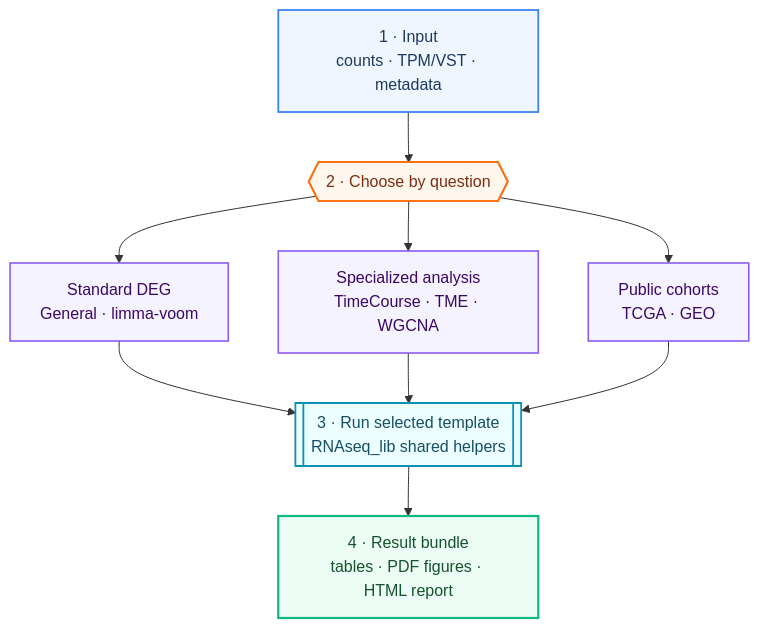
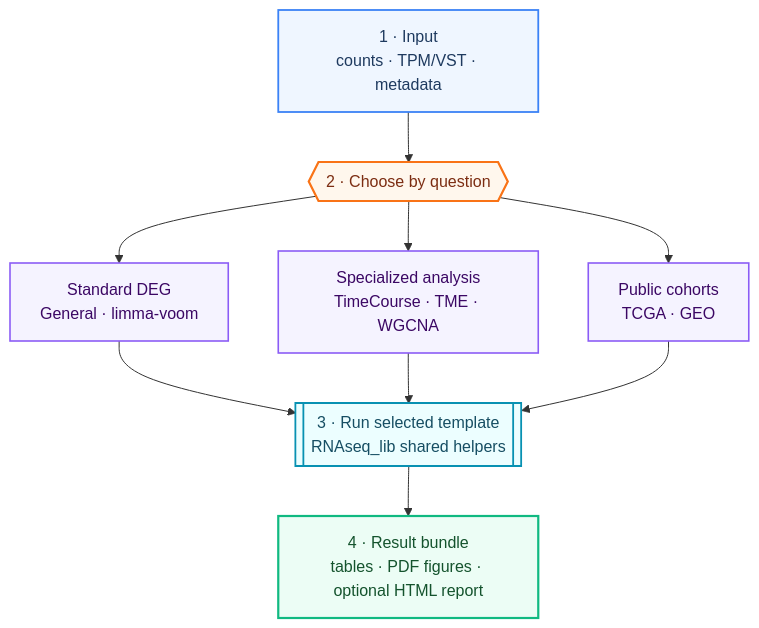
The diagram in README.md (yelu61/RNAseq-Templates), drawn with Mermaid before and after one commit. The commit also changed other lines of this file and 33 other files, not shown here.

````diff
--- a/README.md
+++ b/README.md
@@ -19,32 +23,32 @@
 ```mermaid
 flowchart TB
     accTitle: RNAseq-Templates Workflow
     accDescr: Counts or normalized expression and metadata are routed by research question into standard differential expression, specialized local analysis, or public-cohort analysis. Shared helpers support every path, which produces one reproducible result bundle.
 
     data["1 · Input<br/>counts · TPM/VST · metadata"]
     router{{"2 · Choose by question"}}
 
     standard["Standard DEG<br/>General · limma-voom"]
     specialized["Specialized analysis<br/>TimeCourse · TME · WGCNA"]
     public["Public cohorts<br/>TCGA · GEO"]
 
     engine[["3 · Run selected template<br/>RNAseq_lib shared helpers"]]
-    output["4 · Result bundle<br/>tables · PDF figures · HTML report"]
+    output["4 · Result bundle<br/>tables · PDF figures · optional HTML report"]
 
     data --> router
     router --> standard & specialized & public
     standard & specialized & public --> engine
     engine --> output
 
     classDef input fill:#eff6ff,stroke:#3b82f6,stroke-width:1.8px,color:#1e3a5f
     classDef decision fill:#fff7ed,stroke:#f97316,stroke-width:2.2px,color:#7c2d12
     classDef path fill:#f5f3ff,stroke:#8b5cf6,stroke-width:1.6px,color:#3b0764
     classDef helper fill:#ecfeff,stroke:#0891b2,stroke-width:1.8px,color:#164e63
     classDef result fill:#ecfdf5,stroke:#10b981,stroke-width:2.2px,color:#14532d
 
     class data input
     class router decision
     class standard,specialized,public path
     class engine helper
     class output result
 ```
````
